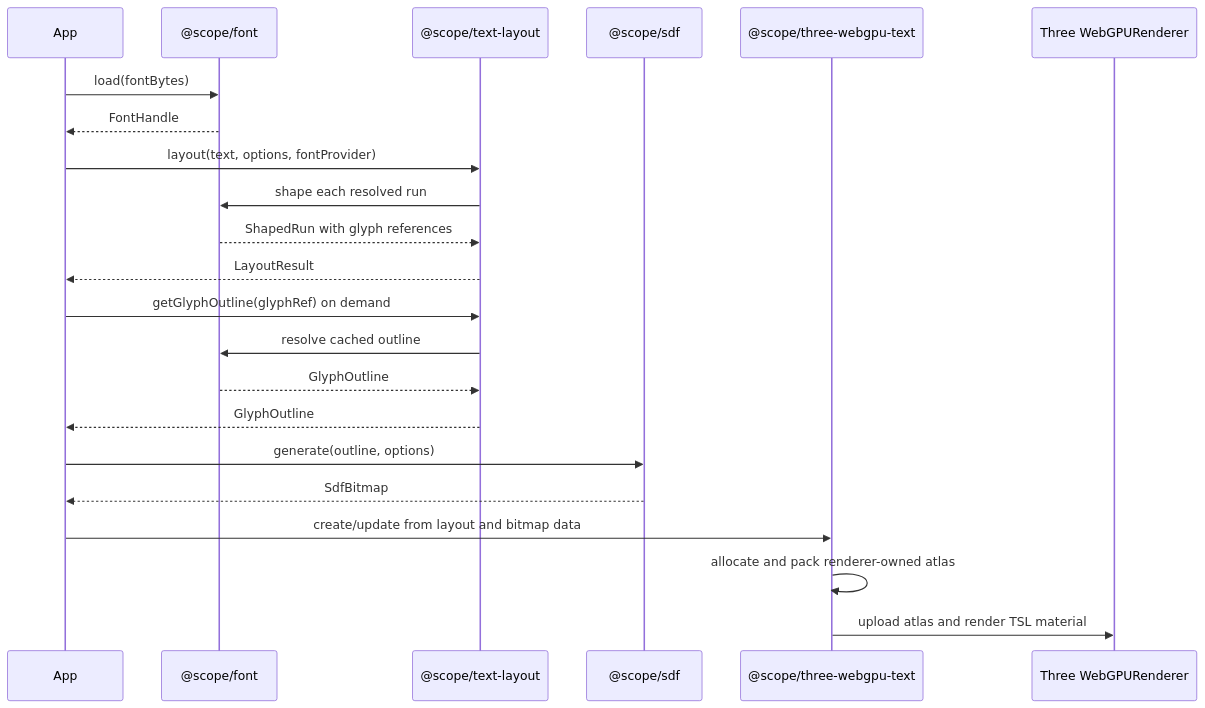
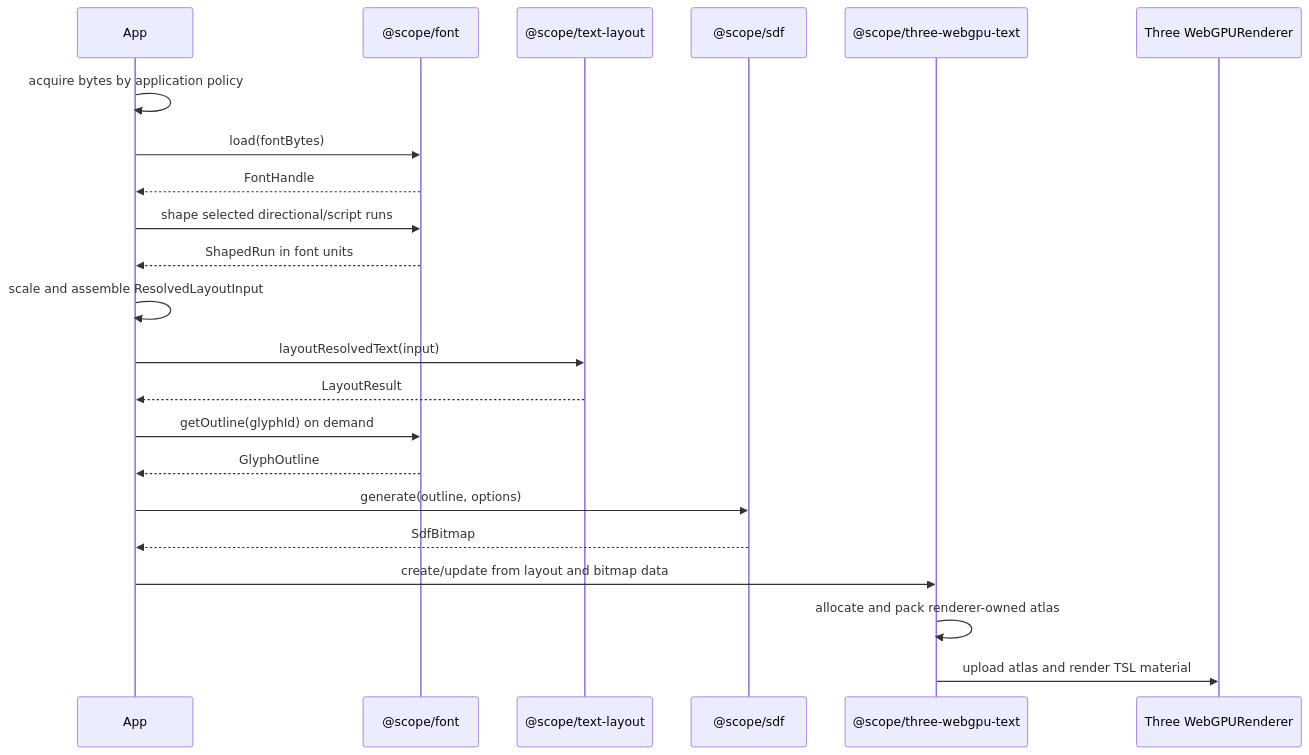
The third of 5 diagrams in ARCHITECTURE.md (julia-script/text-rendering-toolkit), drawn with Mermaid before and after one commit. The commit also changed other lines of this file and 33 other files, not shown here.

Commit message:
feat: implement resolved text layout core

````diff
--- a/ARCHITECTURE.md
+++ b/ARCHITECTURE.md
@@ -221,25 +241,25 @@
 ```mermaid
 sequenceDiagram
     participant App
     participant Font as @scope/font
     participant Layout as @scope/text-layout
     participant SDF as @scope/sdf
     participant Three as @scope/three-webgpu-text
     participant GPU as Three WebGPURenderer
 
+    App->>App: acquire bytes by application policy
     App->>Font: load(fontBytes)
     Font-->>App: FontHandle
-    App->>Layout: layout(text, options, fontProvider)
-    Layout->>Font: shape each resolved run
-    Font-->>Layout: ShapedRun with glyph references
+    App->>Font: shape selected directional/script runs
+    Font-->>App: ShapedRun in font units
+    App->>App: scale and assemble ResolvedLayoutInput
+    App->>Layout: layoutResolvedText(input)
     Layout-->>App: LayoutResult
-    App->>Layout: getGlyphOutline(glyphRef) on demand
-    Layout->>Font: resolve cached outline
-    Font-->>Layout: GlyphOutline
-    Layout-->>App: GlyphOutline
+    App->>Font: getOutline(glyphId) on demand
+    Font-->>App: GlyphOutline
     App->>SDF: generate(outline, options)
     SDF-->>App: SdfBitmap
     App->>Three: create/update from layout and bitmap data
     Three->>Three: allocate and pack renderer-owned atlas
     Three->>GPU: upload atlas and render TSL material
 ```
````
